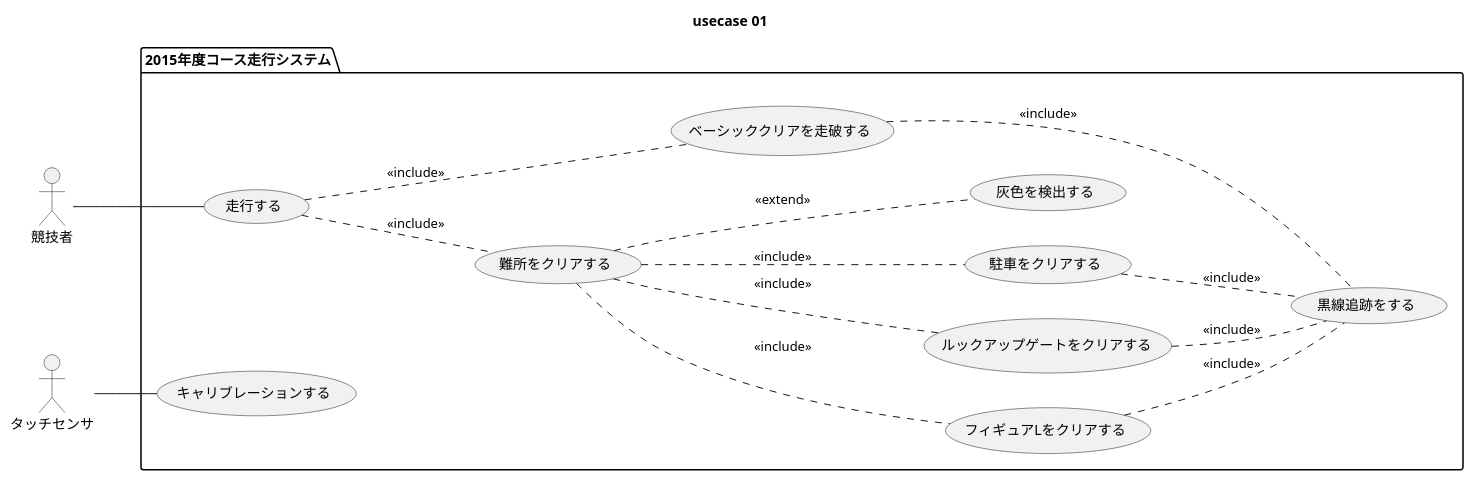
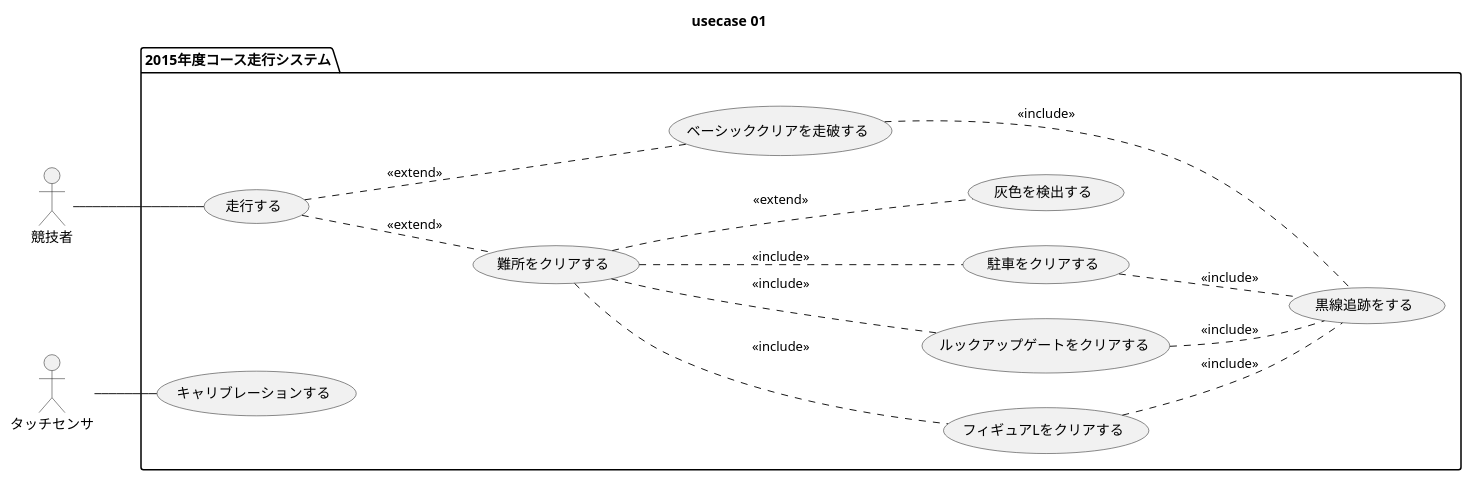
Before and after one commit to SLP-KBIT/ETR2015: the diagram in diagram/usecase/01/usecase.pu, drawn with PlantUML. The commit also changed 1 other file, not shown here.

```diff
--- a/diagram/usecase/01/usecase.pu
+++ b/diagram/usecase/01/usecase.pu
@@ -1,36 +1,36 @@
 @startuml
 
 title usecase 01
 
 actor 競技者 as user
 actor タッチセンサ as robo
 
 left to right direction
 
 package "2015年度コース走行システム" {
 
     usecase 走行する as run
     usecase 難所をクリアする as obs
     usecase キャリブレーションする as calib
     usecase ベーシッククリアを走破する as basic
     usecase フィギュアLをクリアする as figy
     usecase ルックアップゲートをクリアする as gate
     usecase 駐車をクリアする as park
     usecase 黒線追跡をする as trace
     usecase 灰色を検出する as glay
 }
 
 user -- run
 robo -- calib
-run  .. obs   : <<include>>
-run  .. basic : <<include>>
+run  .. obs   : <<extend>>
+run  .. basic : <<extend>>
 obs  .. figy  : <<include>>
 obs  .. gate  : <<include>>
 obs  .. park  : <<include>>
 basic .. trace: <<include>>
 park .. trace : <<include>>
 gate .. trace : <<include>>
 figy .. trace : <<include>>
 obs .. glay   : <<extend>>
 
 @enduml
```
